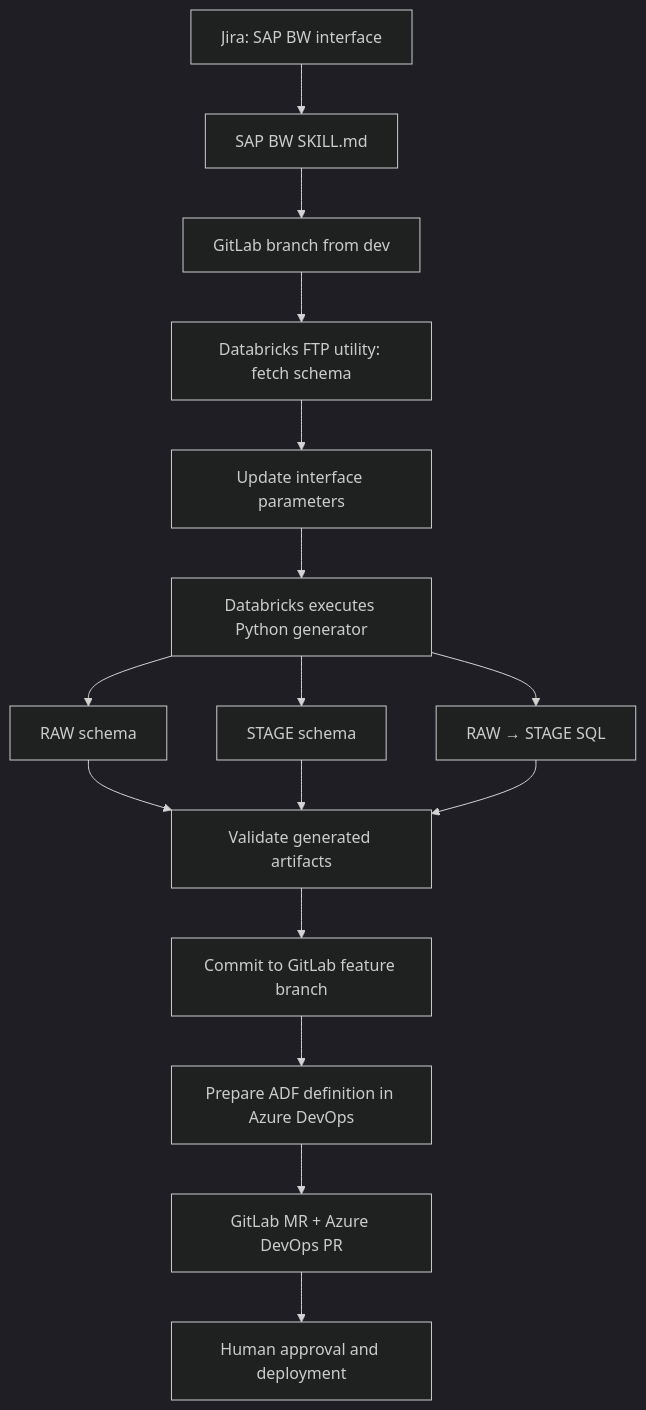
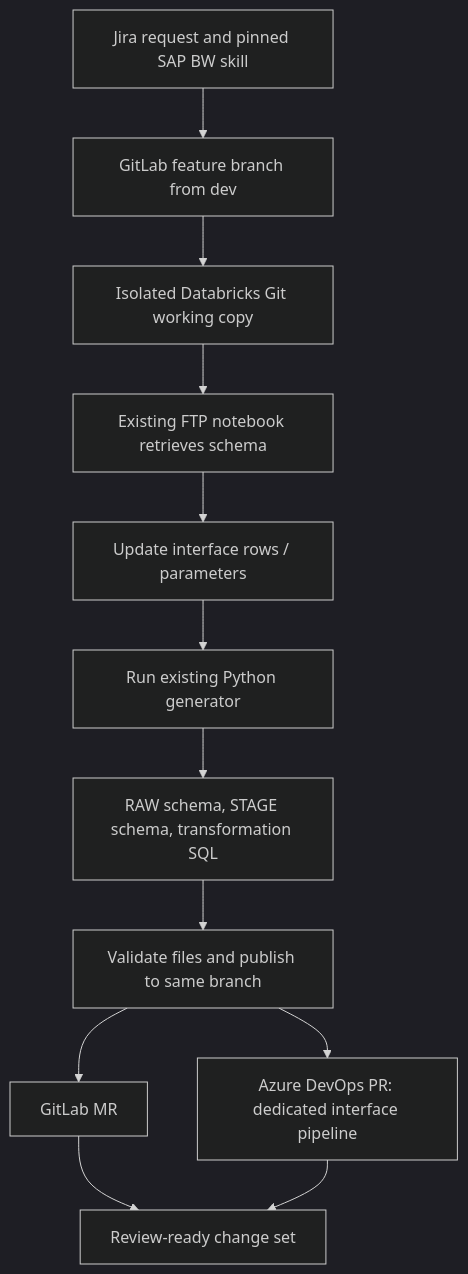
One commit to dorovladcodex/ai-data-integration-platform changed the first of 2 diagrams in docs/sap-bw.md. Above: the diagram before and after it, drawn with Mermaid (dark theme). The commit also changed other lines of this file and 6 other files, not shown here.

First line of the commit message:
Complete the AI-assisted integration architecture case study

````diff
--- a/docs/sap-bw.md
+++ b/docs/sap-bw.md
@@ -20,18 +13,14 @@
 ```mermaid
-flowchart TD
-    A["Jira: SAP BW interface"] --> B["SAP BW SKILL.md"]
-    B --> C["GitLab branch from dev"]
-    C --> D["Databricks FTP utility: fetch schema"]
-    D --> E["Update interface parameters"]
-    E --> F["Databricks executes Python generator"]
-    F --> G["RAW schema"]
-    F --> H["STAGE schema"]
-    F --> I["RAW → STAGE SQL"]
-    G --> V["Validate generated artifacts"]
-    H --> V
-    I --> V
-    V --> K["Commit to GitLab feature branch"]
-    K --> L["Prepare ADF definition in Azure DevOps"]
-    L --> M["GitLab MR + Azure DevOps PR"]
-    M --> N["Human approval and deployment"]
+flowchart TB
+    A["Jira request and pinned SAP BW skill"] --> B["GitLab feature branch from dev"]
+    B --> C["Isolated Databricks Git working copy"]
+    C --> D["Existing FTP notebook retrieves schema"]
+    D --> E["Update interface rows / parameters"]
+    E --> F["Run existing Python generator"]
+    F --> G["RAW schema, STAGE schema, transformation SQL"]
+    G --> V["Validate files and publish to same branch"]
+    V --> M["GitLab MR"]
+    V --> P["Azure DevOps PR: dedicated interface pipeline"]
+    M --> H["Review-ready change set"]
+    P --> H
 ```
````
